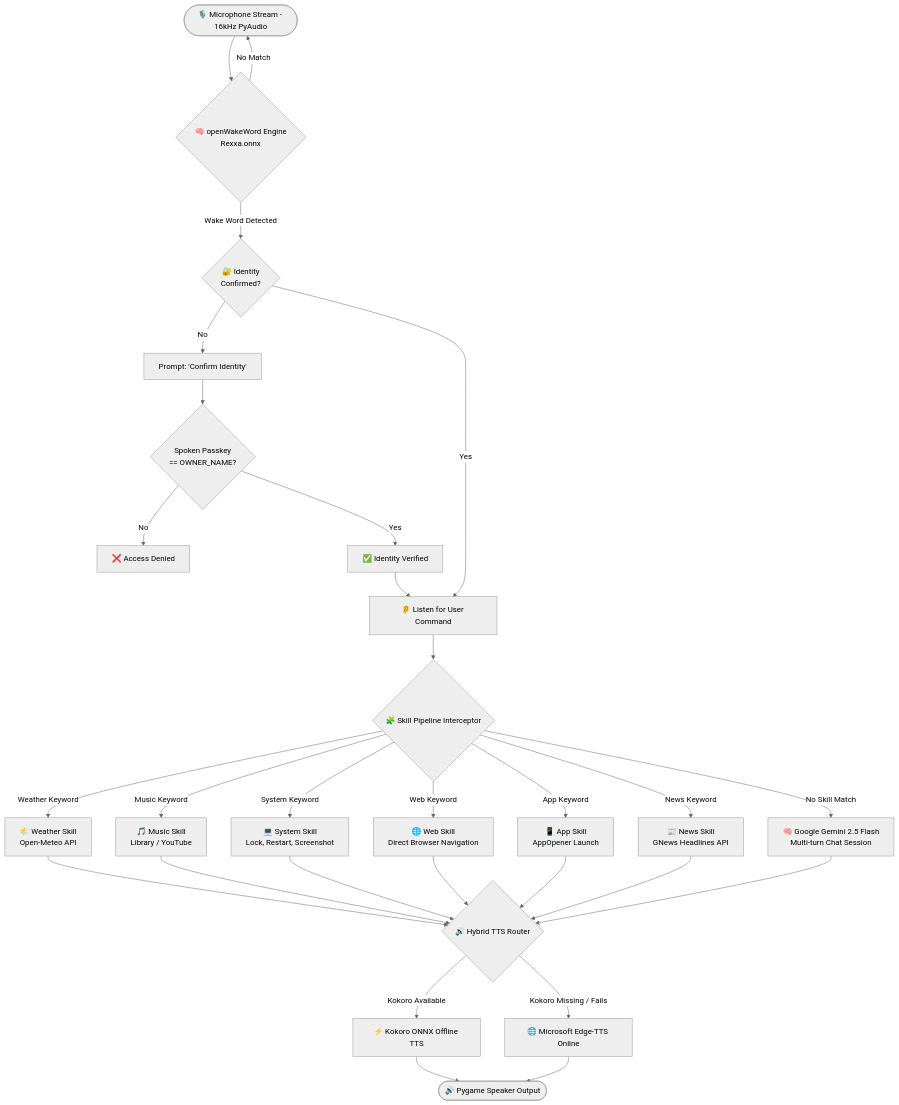
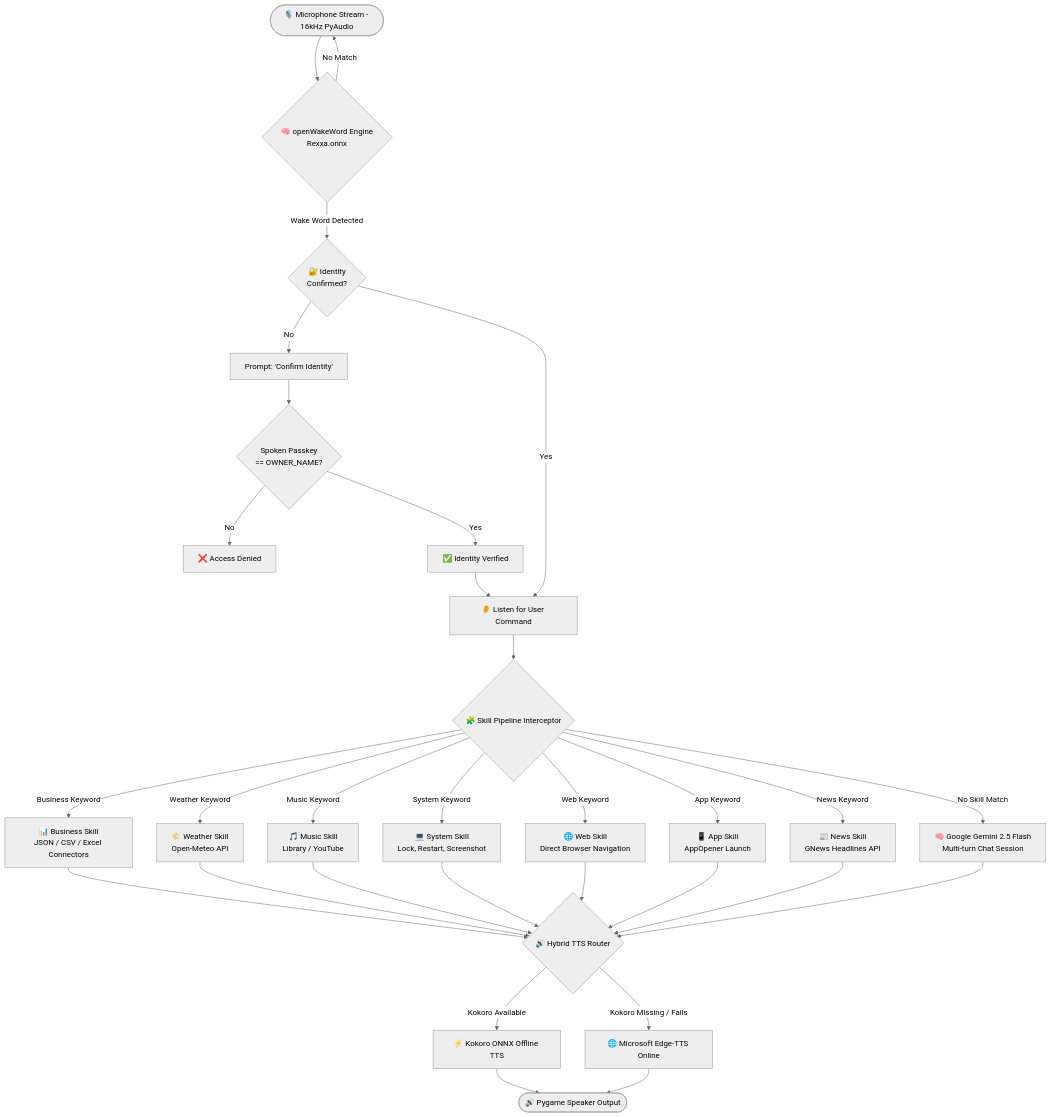
The diagram in README.md (Gulshaheer-AI/Rexa-Voice-Assistant), drawn with Mermaid (neutral theme) before and after one commit. The commit also changed other lines of this file and 8 other files, not shown here.

Commit message:
Add plug-and-play Business Intelligence skill with JSON/CSV/Excel connector and bilingual English/Urdu support

````diff
--- a/README.md
+++ b/README.md
@@ -61,41 +65,43 @@
 ```mermaid
 flowchart TD
     Mic([🎙️ Microphone Stream - 16kHz PyAudio]) --> WakeWord{🧠 openWakeWord Engine<br/>Rexxa.onnx}
     
     WakeWord -- No Match --> Mic
     WakeWord -- Wake Word Detected --> AuthCheck{🔐 Identity<br/>Confirmed?}
     
     AuthCheck -- No --> PassChallenge[Prompt: 'Confirm Identity']
     PassChallenge --> VoiceCheck{Spoken Passkey<br/>== OWNER_NAME?}
     VoiceCheck -- No --> AccessDenied[❌ Access Denied]
     VoiceCheck -- Yes --> SetVerified[✅ Identity Verified]
     SetVerified --> CommandListener[👂 Listen for User Command]
     
     AuthCheck -- Yes --> CommandListener
     
     CommandListener --> SkillEngine{🧩 Skill Pipeline Interceptor}
     
+    SkillEngine -- Business Keyword --> SkillBusiness[📊 Business Skill<br/>JSON / CSV / Excel Connectors]
     SkillEngine -- Weather Keyword --> SkillWeather[🌤️ Weather Skill<br/>Open-Meteo API]
     SkillEngine -- Music Keyword --> SkillSong[🎵 Music Skill<br/>Library / YouTube]
     SkillEngine -- System Keyword --> SkillSystem[💻 System Skill<br/>Lock, Restart, Screenshot]
     SkillEngine -- Web Keyword --> SkillWeb[🌐 Web Skill<br/>Direct Browser Navigation]
     SkillEngine -- App Keyword --> SkillApp[📱 App Skill<br/>AppOpener Launch]
     SkillEngine -- News Keyword --> SkillNews[📰 News Skill<br/>GNews Headlines API]
     
     SkillEngine -- No Skill Match --> LLMBrain[🧠 Google Gemini 2.5 Flash<br/>Multi-turn Chat Session]
     
+    SkillBusiness --> SpeakRouter
     SkillWeather --> SpeakRouter
     SkillSong --> SpeakRouter
     SkillSystem --> SpeakRouter
     SkillWeb --> SpeakRouter
     SkillApp --> SpeakRouter
     SkillNews --> SpeakRouter
     LLMBrain --> SpeakRouter
     
     SpeakRouter{🔊 Hybrid TTS Router}
     SpeakRouter -- Kokoro Available --> TTSKokoro[⚡ Kokoro ONNX Offline TTS]
     SpeakRouter -- Kokoro Missing / Fails --> TTSEdge[🌐 Microsoft Edge-TTS Online]
     
     TTSKokoro --> AudioOut([🔊 Pygame Speaker Output])
     TTSEdge --> AudioOut
 ```
````
